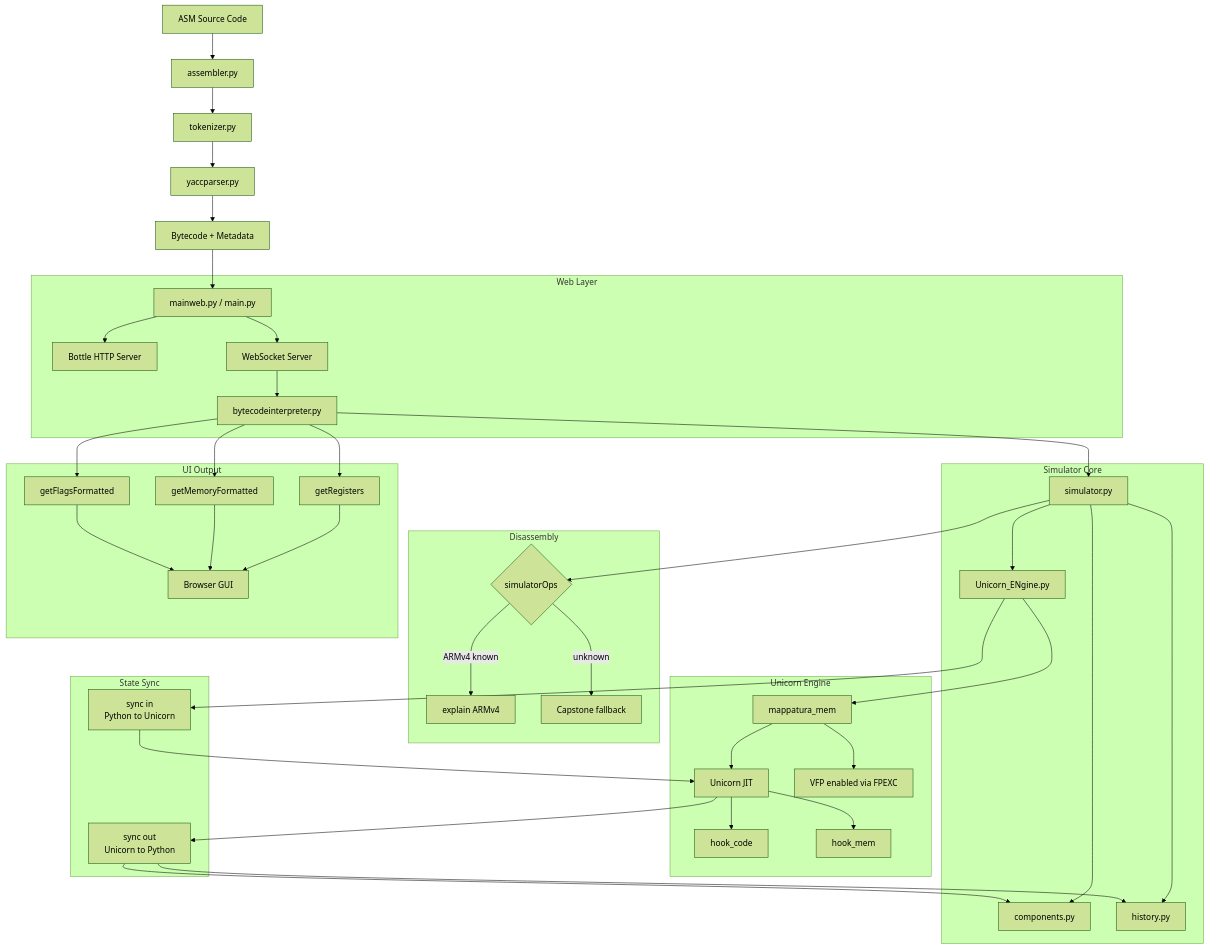
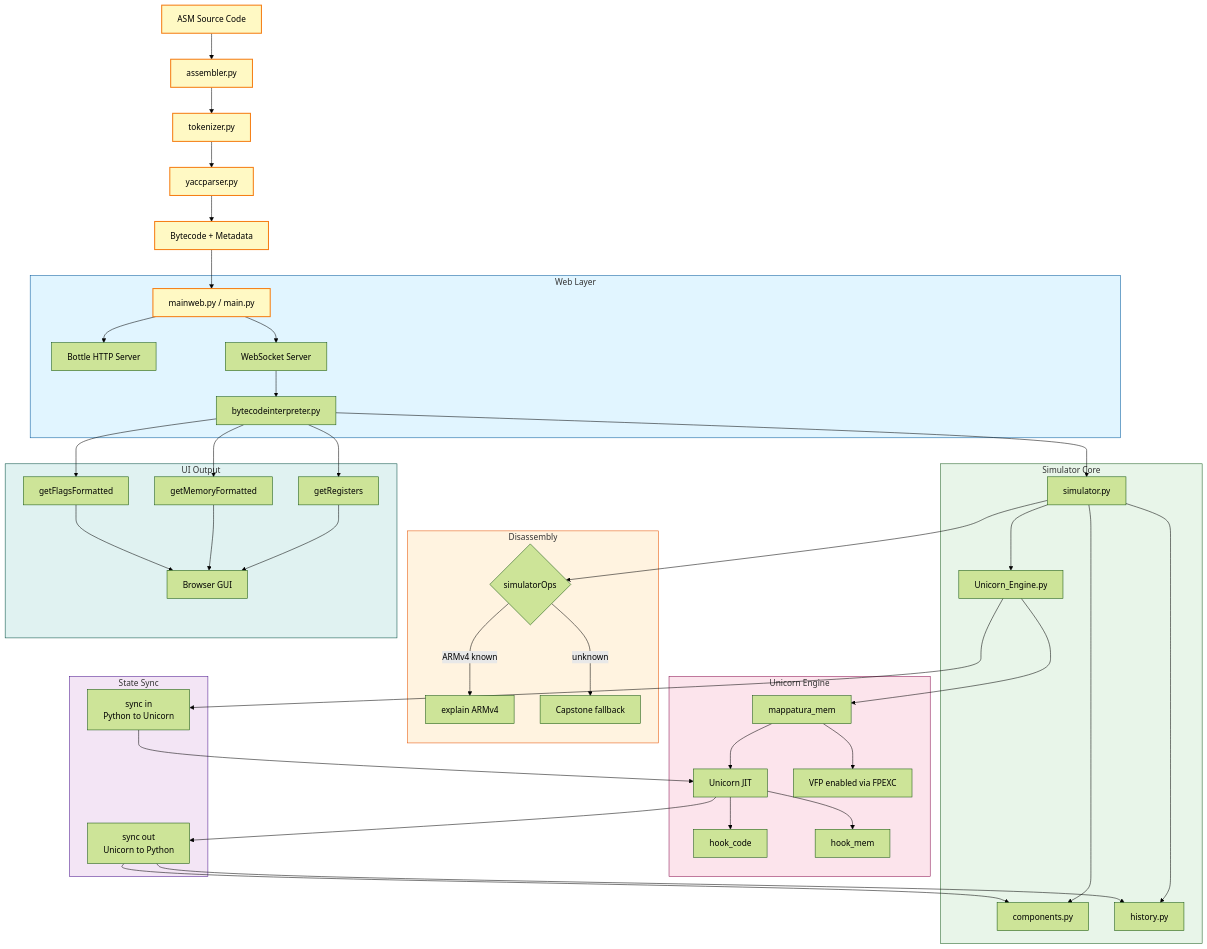
The diagram in HowItWork.mmd (ByteBea/ARMulator-Unicorn-v1), drawn with Mermaid (forest theme) before and after one commit. The commit also changed 8 other files, not shown here.

```diff
--- a/HowItWork.mmd
+++ b/HowItWork.mmd
@@ -1,48 +1,68 @@
-graph TD
+flowchart TD
     A[ASM Source Code] --> B[assembler.py]
     B --> C[tokenizer.py]
     C --> D[yaccparser.py]
     D --> E[Bytecode + Metadata]
     E --> F[mainweb.py / main.py]
 
-    subgraph "Web Layer"
+    subgraph web["Web Layer"]
         F --> G[Bottle HTTP Server]
         F --> H[WebSocket Server]
         H --> I[bytecodeinterpreter.py]
     end
 
-    subgraph "Simulator Core"
+    subgraph sim["Simulator Core"]
         I --> J[simulator.py]
-        J --> K[Unicorn_ENgine.py]
+        J --> K[Unicorn_Engine.py]
         J --> L[components.py]
         J --> M[history.py]
     end
 
-    subgraph "Unicorn Engine"
+    subgraph uc["Unicorn Engine"]
         K --> N[mappatura_mem]
         N --> O[Unicorn JIT]
         N --> P[VFP enabled via FPEXC]
         O --> Q[hook_code]
         O --> R[hook_mem]
     end
 
-    subgraph "Disassembly"
+    subgraph disasm["Disassembly"]
         J --> S{simulatorOps}
         S -- ARMv4 known --> T[explain ARMv4]
         S -- unknown --> U[Capstone fallback]
     end
 
-    subgraph "State Sync"
-        K --> V[sync in\nPython to Unicorn]
+    subgraph state["State Sync"]
+        K --> V["sync in\nPython to Unicorn"]
         V --> O
-        O --> W[sync out\nUnicorn to Python]
+        O --> W["sync out\nUnicorn to Python"]
         W --> L
         W --> M
     end
 
-    subgraph "UI Output"
+    subgraph ui["UI Output"]
         I --> X[getRegisters]
         I --> Y[getMemoryFormatted]
         I --> Z[getFlagsFormatted]
         X & Y & Z --> AA[Browser GUI]
-    end
+    end 
+
+    %% --- DEFINIZIONE DEGLI STILI (classDef) ---
+    classDef cWeb fill:#e1f5ff,stroke:#01579b,stroke-width:1px;
+    classDef cSim fill:#e8f5e9,stroke:#1b5e20,stroke-width:1px;
+    classDef cUc fill:#fce4ec,stroke:#880e4f,stroke-width:1px;
+    classDef cDisasm fill:#fff3e0,stroke:#e65100,stroke-width:1px;
+    classDef cState fill:#f3e5f5,stroke:#4a148c,stroke-width:1px;
+    classDef cUi fill:#e0f2f1,stroke:#004d40,stroke-width:1px;
+    classDef cSource fill:#fff9c4,stroke:#f57f17,stroke-width:2px;
+
+    %% --- APPLICAZIONE DEGLI STILI AI SUBGRAPH E NODI ---
+    class web cWeb;
+    class sim cSim;
+    class uc cUc;
+    class disasm cDisasm;
+    class state cState;
+    class ui cUi;
+    
+    %% Stile per i nodi isolati iniziali
+    class A,B,C,D,E,F cSource;
```
